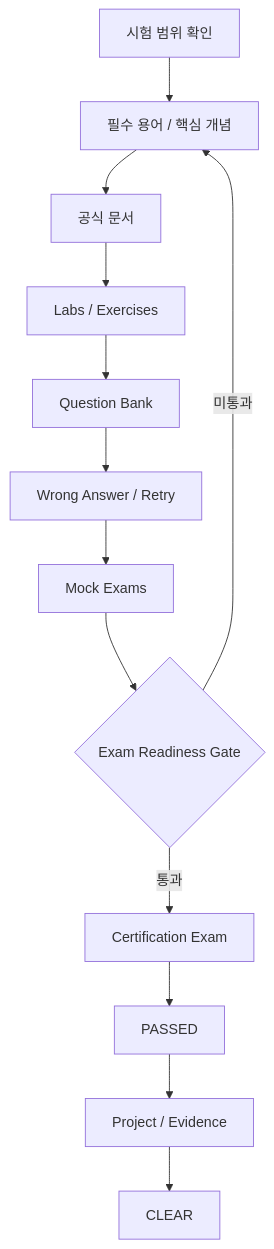
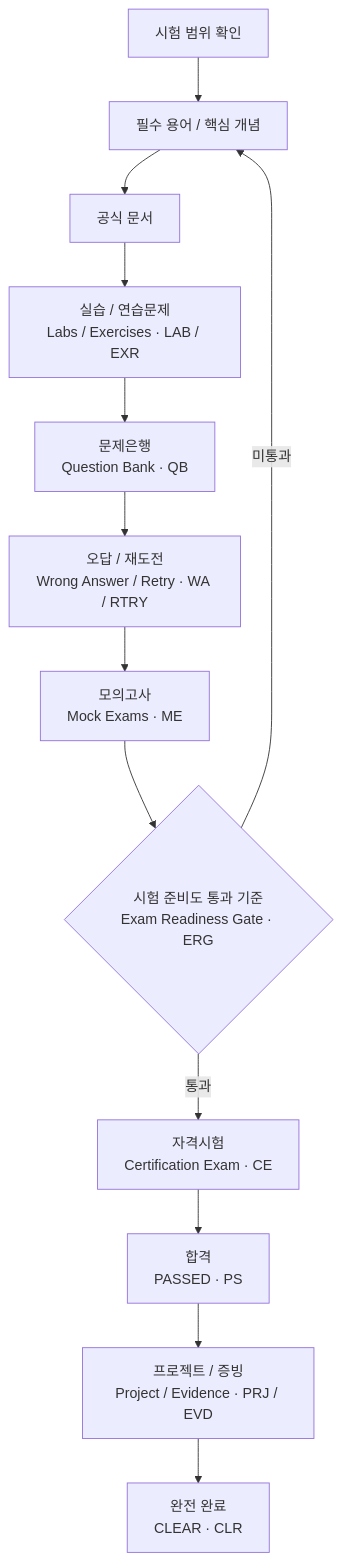
Before and after one commit to MetaStudy999/github-certification-learning-system: the first of 2 diagrams in README.md, drawn with Mermaid. The commit also changed other lines of this file, not shown here.

````diff
--- a/README.md
+++ b/README.md
@@ -191,15 +191,15 @@
 ```mermaid
 flowchart TD
     A[시험 범위 확인] --> B[필수 용어 / 핵심 개념]
     B --> C[공식 문서]
-    C --> D[Labs / Exercises]
-    D --> E[Question Bank]
-    E --> F[Wrong Answer / Retry]
-    F --> G[Mock Exams]
-    G --> H{Exam Readiness Gate}
+    C --> D[실습 / 연습문제<br/>Labs / Exercises · LAB / EXR]
+    D --> E[문제은행<br/>Question Bank · QB]
+    E --> F[오답 / 재도전<br/>Wrong Answer / Retry · WA / RTRY]
+    F --> G[모의고사<br/>Mock Exams · ME]
+    G --> H{시험 준비도 통과 기준<br/>Exam Readiness Gate · ERG}
     H -->|미통과| B
-    H -->|통과| I[Certification Exam]
-    I --> J[PASSED]
-    J --> K[Project / Evidence]
-    K --> L[CLEAR]
+    H -->|통과| I[자격시험<br/>Certification Exam · CE]
+    I --> J[합격<br/>PASSED · PS]
+    J --> K[프로젝트 / 증빙<br/>Project / Evidence · PRJ / EVD]
+    K --> L[완전 완료<br/>CLEAR · CLR]
 ```
````
